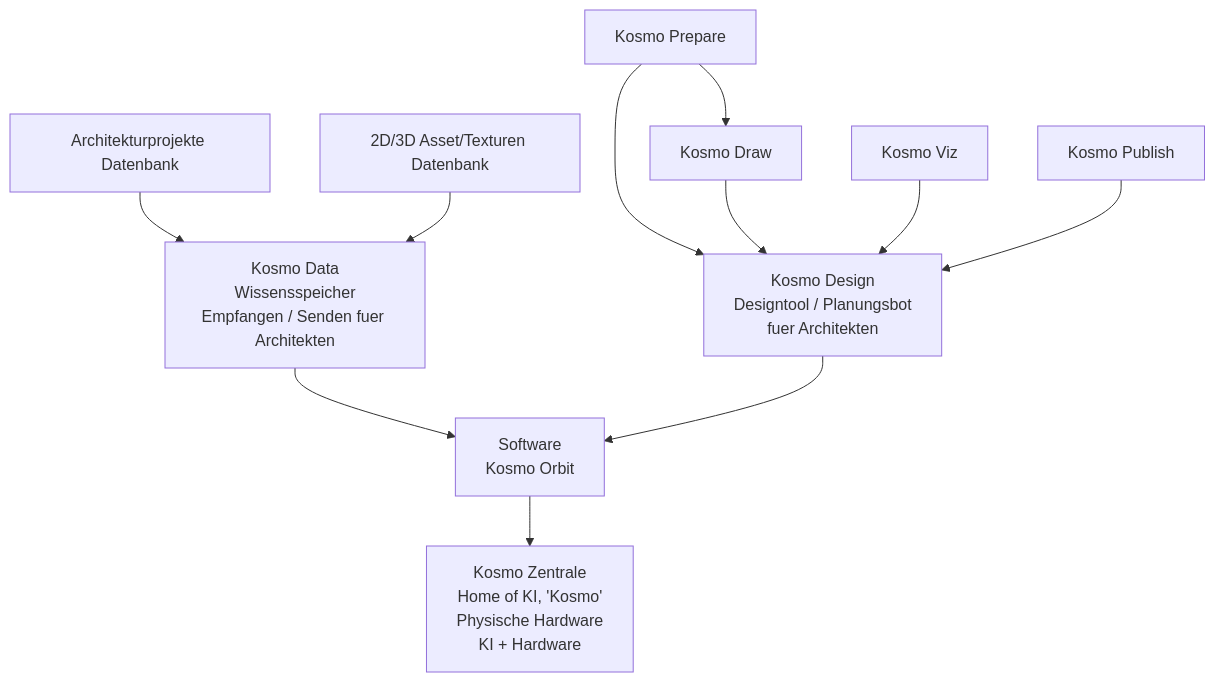
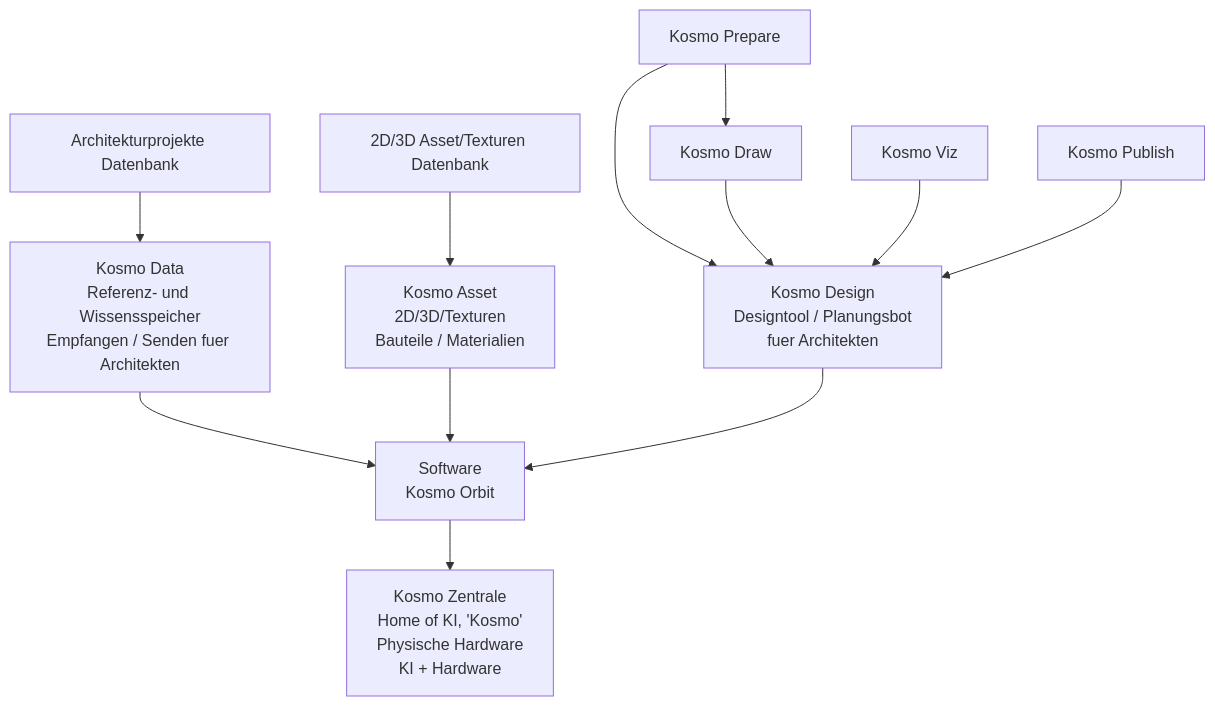
One commit to Imperigo/Architektur-Cosmos changed the diagram in docs/architektur-kosmos-network-concept.md. Above: the diagram before and after it, drawn with Mermaid. The commit also changed other lines of this file and 14 other files, not shown here.

````diff
--- a/docs/architektur-kosmos-network-concept.md
+++ b/docs/architektur-kosmos-network-concept.md
@@ -36,24 +37,26 @@
 ```mermaid
 flowchart TD
   APD["Architekturprojekte Datenbank"]
   ATD["2D/3D Asset/Texturen Datenbank"]
-  DATA["Kosmo Data<br/>Wissensspeicher<br/>Empfangen / Senden fuer Architekten"]
+  DATA["Kosmo Data<br/>Referenz- und Wissensspeicher<br/>Empfangen / Senden fuer Architekten"]
+  ASSET["Kosmo Asset<br/>2D/3D/Texturen<br/>Bauteile / Materialien"]
   PREP["Kosmo Prepare"]
   DRAW["Kosmo Draw"]
   VIZ["Kosmo Viz"]
   PUB["Kosmo Publish"]
   DESIGN["Kosmo Design<br/>Designtool / Planungsbot<br/>fuer Architekten"]
   ORBIT["Software<br/>Kosmo Orbit"]
   ZENTRALE["Kosmo Zentrale<br/>Home of KI, 'Kosmo'<br/>Physische Hardware<br/>KI + Hardware"]
 
   APD --> DATA
-  ATD --> DATA
+  ATD --> ASSET
   DATA --> ORBIT
+  ASSET --> ORBIT
   PREP --> DRAW
   PREP --> DESIGN
   DRAW --> DESIGN
   VIZ --> DESIGN
   PUB --> DESIGN
   DESIGN --> ORBIT
   ORBIT --> ZENTRALE
 ```
````
